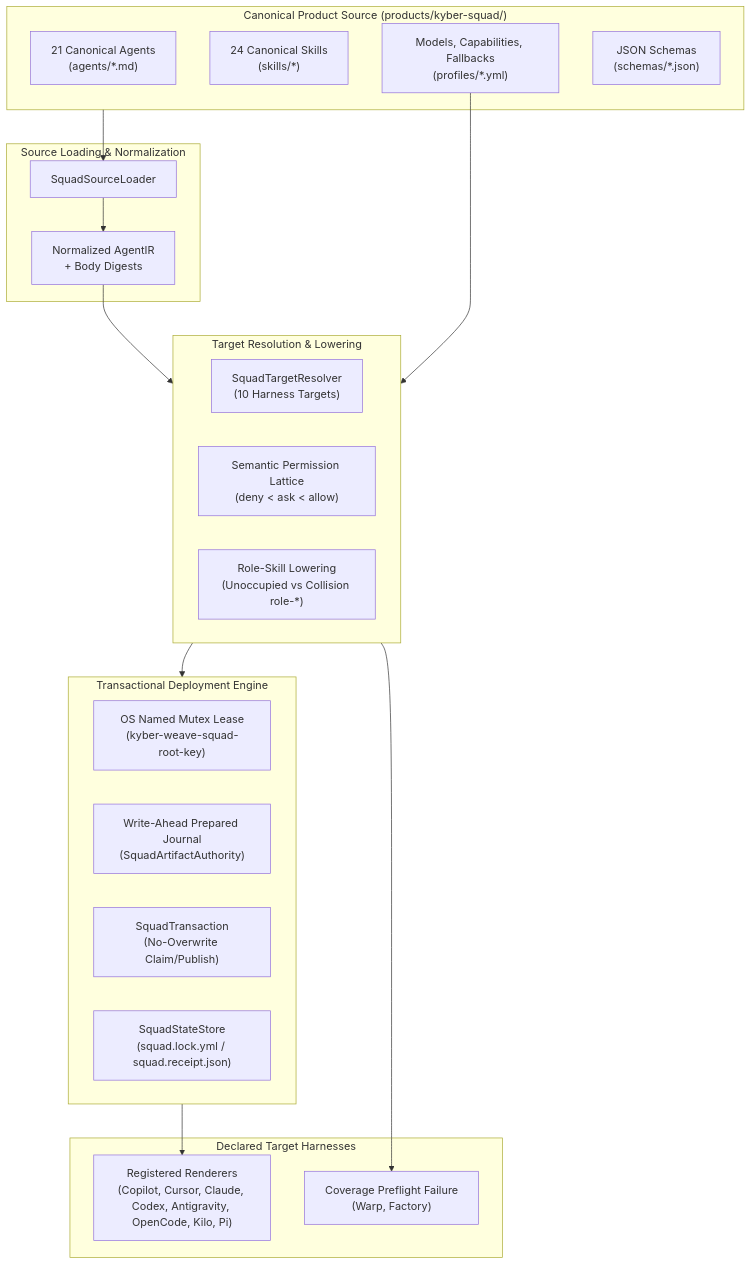
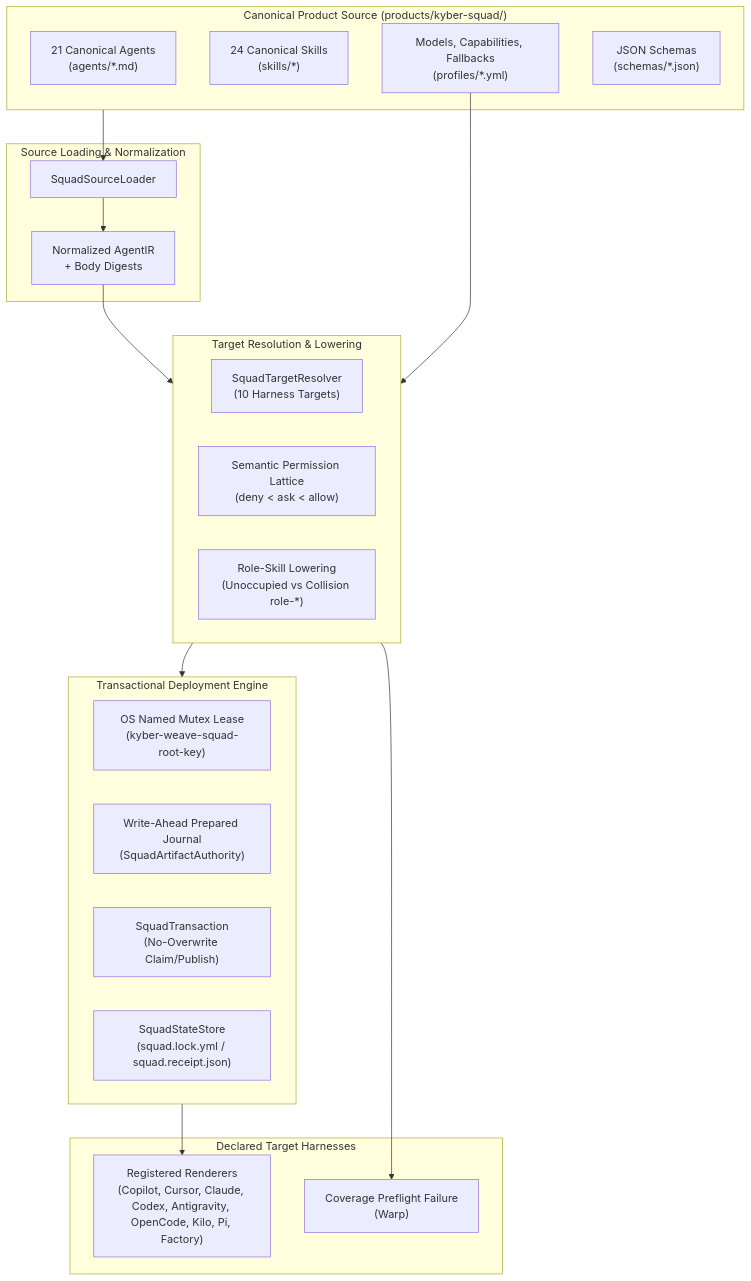
One commit to dpalfery/kyber-weave changed the first of 4 diagrams in docs/kyber-squad/architecture.md. Above: the diagram before and after it, drawn with Mermaid. The commit also changed other lines of this file and 23 other files, not shown here.

````diff
--- a/docs/kyber-squad/architecture.md
+++ b/docs/kyber-squad/architecture.md
@@ -47,40 +48,40 @@
 ```mermaid
 flowchart TD
     subgraph CanonicalSource["Canonical Product Source (products/kyber-squad/)"]
         Agents["21 Canonical Agents\n(agents/*.md)"]
         Skills["24 Canonical Skills\n(skills/*)"]
         Profiles["Models, Capabilities, Fallbacks\n(profiles/*.yml)"]
         Schemas["JSON Schemas\n(schemas/*.json)"]
     end
 
     subgraph Loader["Source Loading & Normalization"]
         SquadSourceLoader["SquadSourceLoader"]
         AgentIR["Normalized AgentIR\n+ Body Digests"]
     end
 
     subgraph Compiler["Target Resolution & Lowering"]
         SquadTargetResolver["SquadTargetResolver\n(10 Harness Targets)"]
         Lattice["Semantic Permission Lattice\n(deny < ask < allow)"]
         Lowering["Role-Skill Lowering\n(Unoccupied vs Collision role-*)"]
     end
 
     subgraph DeploymentEngine["Transactional Deployment Engine"]
         Mutex["OS Named Mutex Lease\n(kyber-weave-squad-root-key)"]
         Journal["Write-Ahead Prepared Journal\n(SquadArtifactAuthority)"]
         Transaction["SquadTransaction\n(No-Overwrite Claim/Publish)"]
         StateStore["SquadStateStore\n(squad.lock.yml / squad.receipt.json)"]
     end
 
     subgraph TargetHarnesses["Declared Target Harnesses"]
-        RegisteredTargets["Registered Renderers\n(Copilot, Cursor, Claude, Codex, Antigravity, OpenCode, Kilo, Pi)"]
-        UnsupportedTargets["Coverage Preflight Failure\n(Warp, Factory)"]
+        RegisteredTargets["Registered Renderers\n(Copilot, Cursor, Claude, Codex, Antigravity, OpenCode, Kilo, Pi, Factory)"]
+        UnsupportedTargets["Coverage Preflight Failure\n(Warp)"]
     end
 
     CanonicalSource --> SquadSourceLoader
     SquadSourceLoader --> AgentIR
     AgentIR --> Compiler
     Profiles --> Compiler
     Compiler --> DeploymentEngine
     DeploymentEngine --> RegisteredTargets
     Compiler --> UnsupportedTargets
 ```
````
